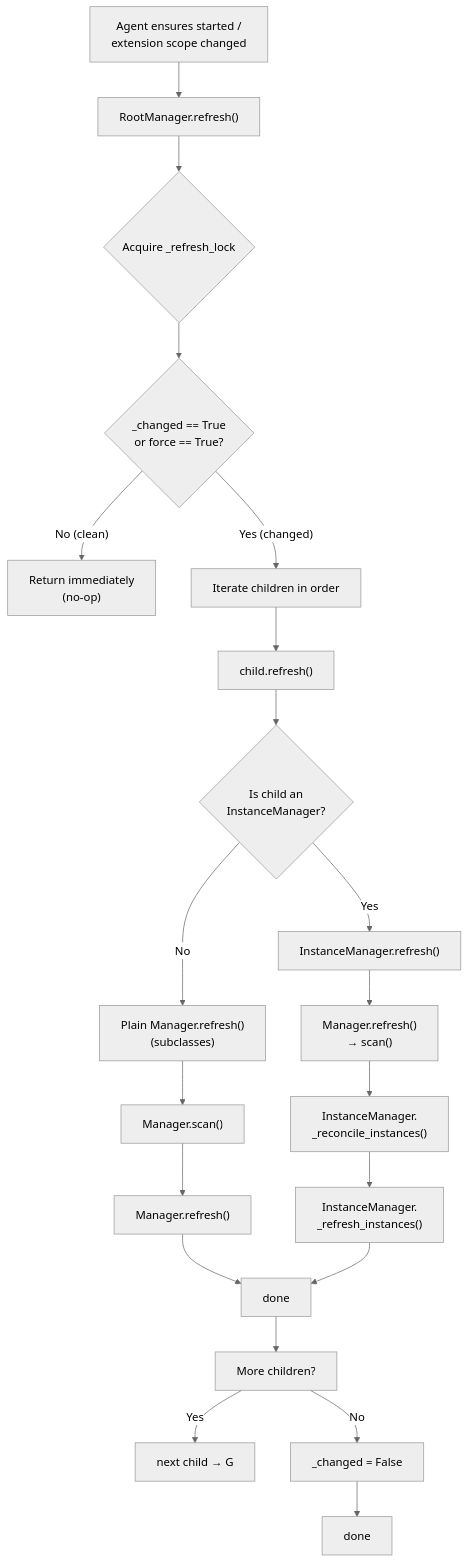
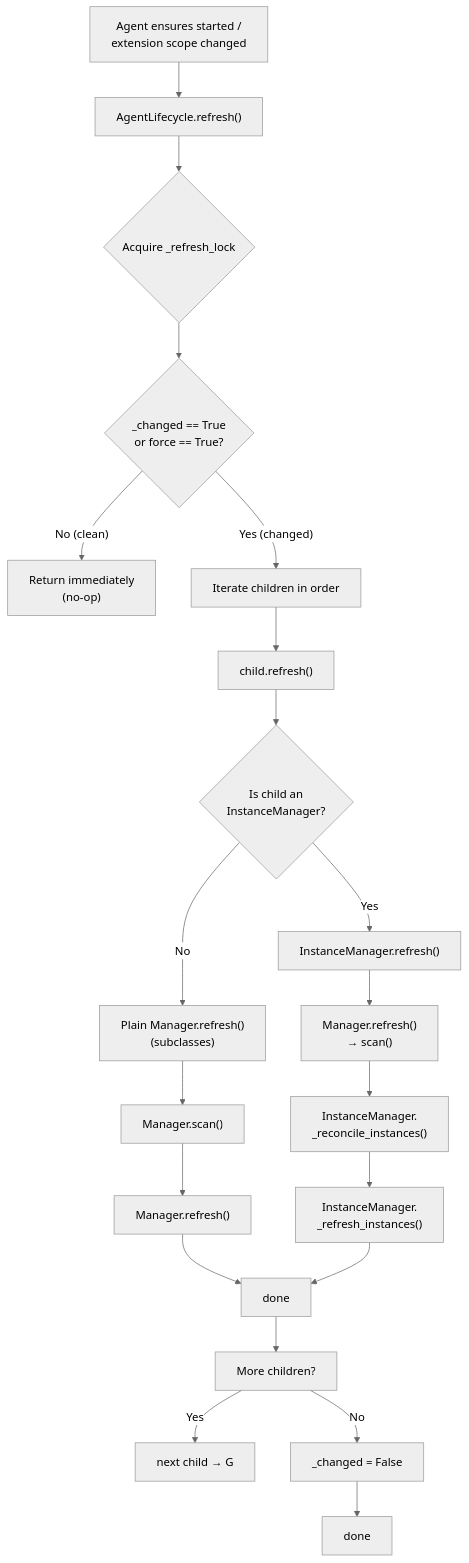
The eighth of 12 diagrams in visuals.md (matrixd0t/commamatrix), drawn with Mermaid (neutral theme) before and after one commit. The commit also changed other lines of this file and 64 other files, not shown here.

````diff
--- a/visuals.md
+++ b/visuals.md
@@ -428,28 +428,28 @@
 ```mermaid
 flowchart TD
-    A["Agent ensures started /<br/>extension scope changed"] --> B["RootManager.refresh()"]
+    A["Agent ensures started /<br/>extension scope changed"] --> B["AgentLifecycle.refresh()"]
     B --> C{Acquire _refresh_lock}
     C --> D{_changed == True<br/>or force == True?}
     D -->|"No (clean)"| E["Return immediately<br/>(no-op)"]
     D -->|"Yes (changed)"| F["Iterate children in order"]
 
     F --> G["child.refresh()"]
     G --> H{"Is child an<br/>InstanceManager?"}
 
     H -->|"Yes"| I["InstanceManager.refresh()"]
     H -->|"No"| J["Plain Manager.refresh()<br/>(subclasses)"]
 
     J --> K["Manager.scan()"]
     K --> L["Manager.refresh()"]
     L --> M["done"]
 
     I --> N["Manager.refresh()<br/>→ scan()"]
     N --> O["InstanceManager.<br/>_reconcile_instances()"]
     O --> P["InstanceManager.<br/>_refresh_instances()"]
     P --> M
 
     M --> Q["More children?"]
     Q -->|"Yes"| R["next child → G"]
     Q -->|"No"| S["_changed = False"]
     S --> T["done"]
 ```
````
